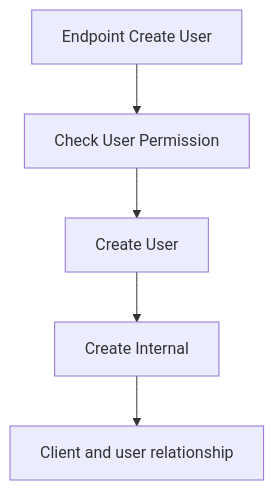
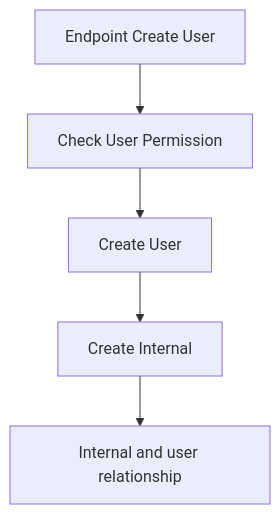
The second of 2 diagrams in docs/user-management.md (doda-s/nippon-ten), drawn with Mermaid before and after one commit. The commit also changed other lines of this file and 1 other file, not shown here.

Commit message:
docs:  update user-management and architecture docs to match the implemented   role/permission data model and rules

````diff
--- a/docs/user-management.md
+++ b/docs/user-management.md
@@ -65,11 +66,11 @@
 ```mermaid
 flowchart TD
 
 A[Endpoint Create User] --> B[Check User Permission]
 
 B --> C[Create User]
 
 C --> D[Create Internal]
 
-D --> E[Client and user relationship]
+D --> E[Internal and user relationship]
 ```
````
